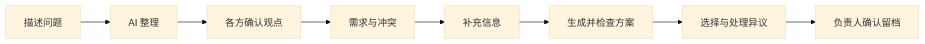
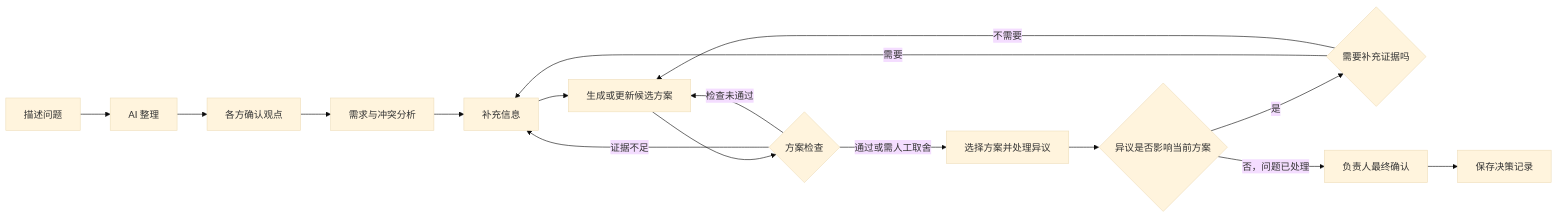
One commit to Di-Buu/resolve-ai-decision changed the first of 2 diagrams in README.md. Above: the diagram before and after it, drawn with Mermaid (base theme). The commit also changed other lines of this file, not shown here.

````diff
--- a/README.md
+++ b/README.md
@@ -32,10 +42,18 @@
 ```mermaid
 flowchart LR
   A[描述问题] --> B[AI 整理]
   B --> C[各方确认观点]
-  C --> D[需求与冲突]
+  C --> D[需求与冲突分析]
   D --> E[补充信息]
-  E --> F[生成并检查方案]
-  F --> G[选择与处理异议]
-  G --> H[负责人确认留档]
+  E --> F[生成或更新候选方案]
+  F --> V{方案检查}
+  V -->|通过或需人工取舍| G[选择方案并处理异议]
+  V -->|证据不足| E
+  V -->|检查未通过| F
+  G --> I{异议是否影响当前方案}
+  I -->|是| R{需要补充证据吗}
+  R -->|需要| E
+  R -->|不需要| F
+  I -->|否，问题已处理| H[负责人最终确认]
+  H --> J[保存决策记录]
 ```
````
